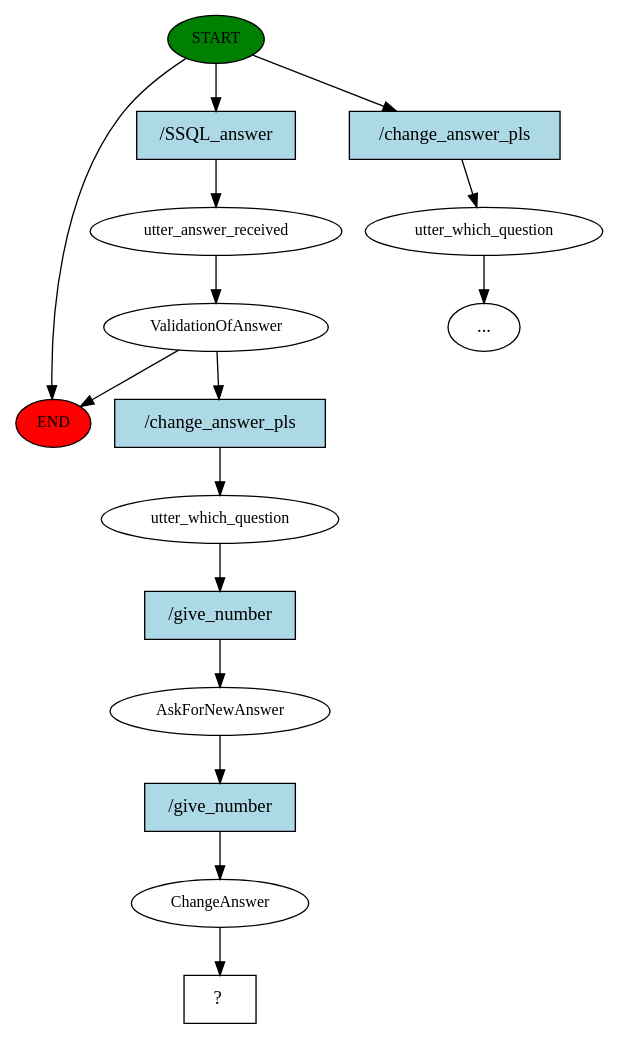
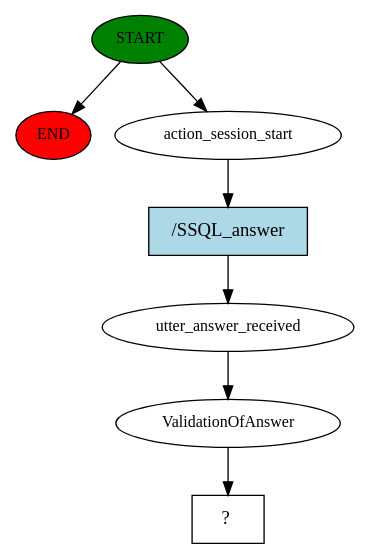
Before and after one commit to MED-Master/MED10CA: the diagram in story_graph.dot, drawn with Graphviz. The commit also changed 243 other files, not shown here.

```diff
--- a/story_graph.dot
+++ b/story_graph.dot
@@ -1,32 +1,15 @@
 digraph  {
 0 [class="start active", fillcolor=green, fontsize=12, label=START, style=filled];
 "-1" [class=end, fillcolor=red, fontsize=12, label=END, style=filled];
-1 [class=active, fontsize=12, label=utter_answer_received];
-2 [class=active, fontsize=12, label=ValidationOfAnswer];
-3 [class="", fontsize=12, label=utter_which_question];
-"-3" [class=ellipsis, label="..."];
-6 [class=active, fontsize=12, label=utter_which_question];
-7 [class=active, fontsize=12, label=AskForNewAnswer];
-8 [class=active, fontsize=12, label=ChangeAnswer];
-9 [class="intent dashed active", label="  ?  ", shape=rect];
-10 [class="intent active", fillcolor=lightblue, label="/SSQL_answer", shape=rect, style=filled];
-11 [class=intent, fillcolor=lightblue, label="/change_answer_pls", shape=rect, style=filled];
-12 [class="intent active", fillcolor=lightblue, label="/change_answer_pls", shape=rect, style=filled];
-13 [class="intent active", fillcolor=lightblue, label="/give_number", shape=rect, style=filled];
-14 [class="intent active", fillcolor=lightblue, label="/give_number", shape=rect, style=filled];
+1 [class=active, fontsize=12, label=action_session_start];
+2 [class=active, fontsize=12, label=utter_answer_received];
+3 [class=active, fontsize=12, label=ValidationOfAnswer];
+4 [class="intent dashed active", label="  ?  ", shape=rect];
+5 [class="intent active", fillcolor=lightblue, label="/SSQL_answer", shape=rect, style=filled];
 0 -> "-1"  [class="", key=NONE, label=""];
-0 -> 10  [class=active, key=0];
-0 -> 11  [class="", key=0];
-1 -> 2  [class=active, key=NONE, label=""];
-2 -> "-1"  [class="", key=NONE, label=""];
-2 -> 12  [class=active, key=0];
-3 -> "-3"  [class="", key=NONE, label=""];
-6 -> 13  [class=active, key=0];
-7 -> 14  [class=active, key=0];
-8 -> 9  [class=active, key=NONE, label=""];
-10 -> 1  [class=active, key=0];
-11 -> 3  [class="", key=0];
-12 -> 6  [class=active, key=0];
-13 -> 7  [class=active, key=0];
-14 -> 8  [class=active, key=0];
+0 -> 1  [class=active, key=NONE, label=""];
+1 -> 5  [class=active, key=0];
+2 -> 3  [class=active, key=NONE, label=""];
+3 -> 4  [class=active, key=NONE, label=""];
+5 -> 2  [class=active, key=0];
 }
```
